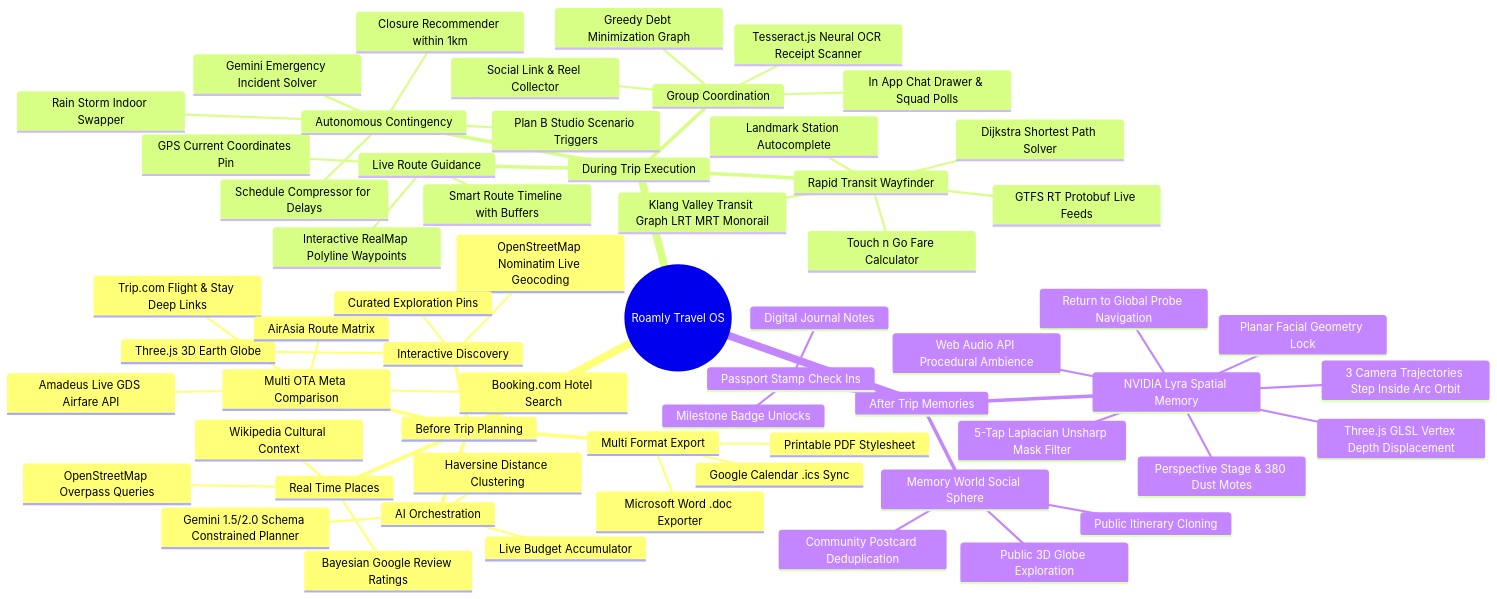
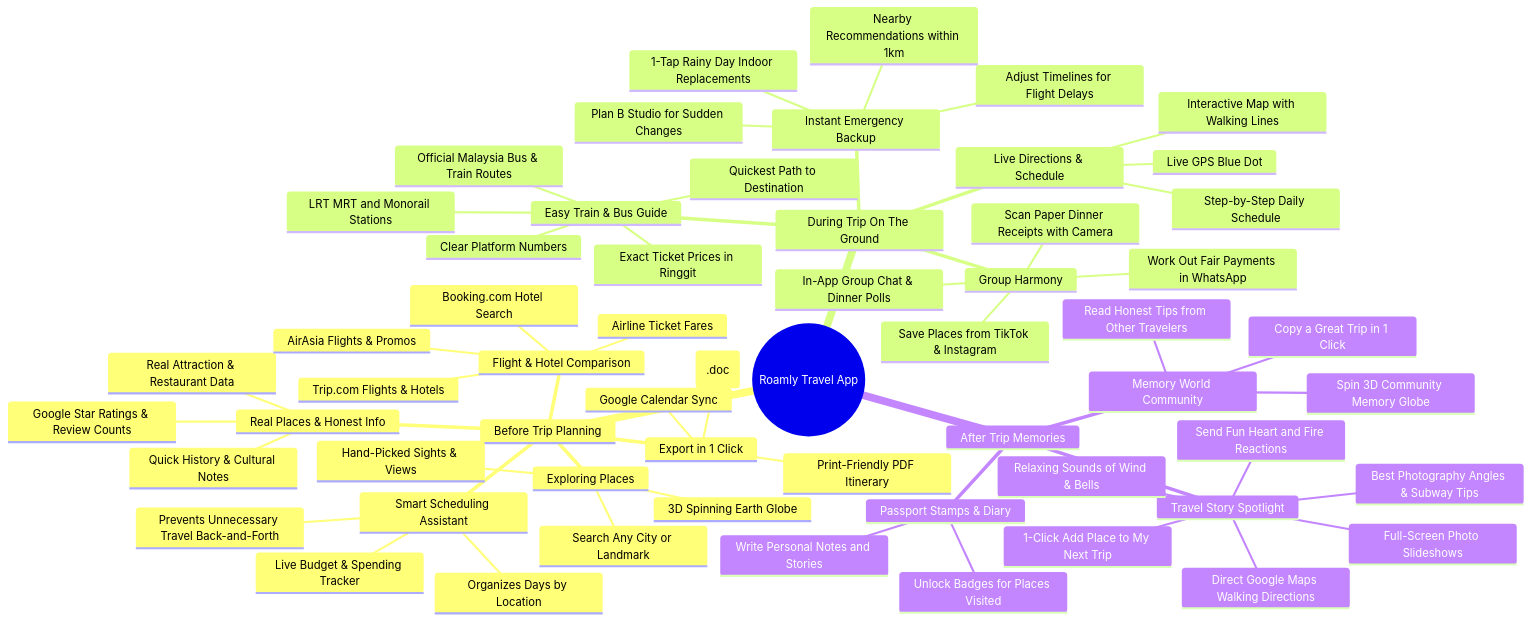
The second of 15 diagrams in README.md (sharonxinn/Plan_Trip), drawn with Mermaid before and after one commit. The commit also changed other lines of this file and 21 other files, not shown here.

````diff
--- a/README.md
+++ b/README.md
@@ -131,64 +138,62 @@
 ```mermaid
 mindmap
-  root((Roamly Travel OS))
+  root((Roamly Travel App))
     Before Trip Planning
-      Interactive Discovery
-        Three.js 3D Earth Globe
-        OpenStreetMap Nominatim Live Geocoding
-        Curated Exploration Pins
-      Real Time Places
-        OpenStreetMap Overpass Queries
-        Bayesian Google Review Ratings
-        Wikipedia Cultural Context
-      Multi OTA Meta Comparison
+      Exploring Places
+        3D Spinning Earth Globe
+        Search Any City or Landmark
+        Hand-Picked Sights & Views
+      Real Places & Honest Info
+        Real Attraction & Restaurant Data
+        Google Star Ratings & Review Counts
+        Quick History & Cultural Notes
+      Flight & Hotel Comparison
         Booking.com Hotel Search
-        Trip.com Flight & Stay Deep Links
-        AirAsia Route Matrix
-        Amadeus Live GDS Airfare API
-      AI Orchestration
-        Gemini 1.5/2.0 Schema Constrained Planner
-        Haversine Distance Clustering
-        Live Budget Accumulator
-      Multi Format Export
-        Microsoft Word .doc Exporter
-        Printable PDF Stylesheet
-        Google Calendar .ics Sync
-    During Trip Execution
-      Live Route Guidance
-        Interactive RealMap Polyline Waypoints
-        Smart Route Timeline with Buffers
-        GPS Current Coordinates Pin
-      Rapid Transit Wayfinder
-        GTFS RT Protobuf Live Feeds
-        Klang Valley Transit Graph LRT MRT Monorail
-        Dijkstra Shortest Path Solver
-        Touch n Go Fare Calculator
-        Landmark Station Autocomplete
-      Autonomous Contingency
-        Plan B Studio Scenario Triggers
-        Rain Storm Indoor Swapper
-        Closure Recommender within 1km
-        Schedule Compressor for Delays
-        Gemini Emergency Incident Solver
-      Group Coordination
-        In App Chat Drawer & Squad Polls
-        Social Link & Reel Collector
-        Tesseract.js Neural OCR Receipt Scanner
-        Greedy Debt Minimization Graph
+        Trip.com Flights & Hotels
+        AirAsia Flights & Promos
+        Airline Ticket Fares
+      Smart Scheduling Assistant
+        Organizes Days by Location
+        Prevents Unnecessary Travel Back-and-Forth
+        Live Budget & Spending Tracker
+      Export in 1 Click
+        Microsoft Word Document (.doc)
+        Print-Friendly PDF Itinerary
+        Google Calendar Sync
+    During Trip On The Ground
+      Live Directions & Schedule
+        Interactive Map with Walking Lines
+        Step-by-Step Daily Schedule
+        Live GPS Blue Dot
+      Easy Train & Bus Guide
+        Official Malaysia Bus & Train Routes
+        LRT MRT and Monorail Stations
+        Quickest Path to Destination
+        Exact Ticket Prices in Ringgit
+        Clear Platform Numbers
+      Instant Emergency Backup
+        Plan B Studio for Sudden Changes
+        1-Tap Rainy Day Indoor Replacements
+        Nearby Recommendations within 1km
+        Adjust Timelines for Flight Delays
+      Group Harmony
+        In-App Group Chat & Dinner Polls
+        Save Places from TikTok & Instagram
+        Scan Paper Dinner Receipts with Camera
+        Work Out Fair Payments in WhatsApp
     After Trip Memories
-      Passport Stamp Check Ins
-        Milestone Badge Unlocks
-        Digital Journal Notes
-      Memory World Social Sphere
-        Public 3D Globe Exploration
-        Community Postcard Deduplication
-        Public Itinerary Cloning
-      NVIDIA Lyra Spatial Memory
-        Three.js GLSL Vertex Depth Displacement
-        Planar Facial Geometry Lock
-        5-Tap Laplacian Unsharp Mask Filter
-        Perspective Stage & 380 Dust Motes
-        3 Camera Trajectories Step Inside Arc Orbit
-        Web Audio API Procedural Ambience
-        Return to Global Probe Navigation
+      Passport Stamps & Diary
+        Unlock Badges for Places Visited
+        Write Personal Notes and Stories
+      Memory World Community
+        Spin 3D Community Memory Globe
+        Read Honest Tips from Other Travelers
+        Copy a Great Trip in 1 Click
+      Travel Story Spotlight
+        Full-Screen Photo Slideshows
+        Relaxing Sounds of Wind & Bells
+        1-Click Add Place to My Next Trip
+        Best Photography Angles & Subway Tips
+        Send Fun Heart and Fire Reactions
+        Direct Google Maps Walking Directions
 ```
````
